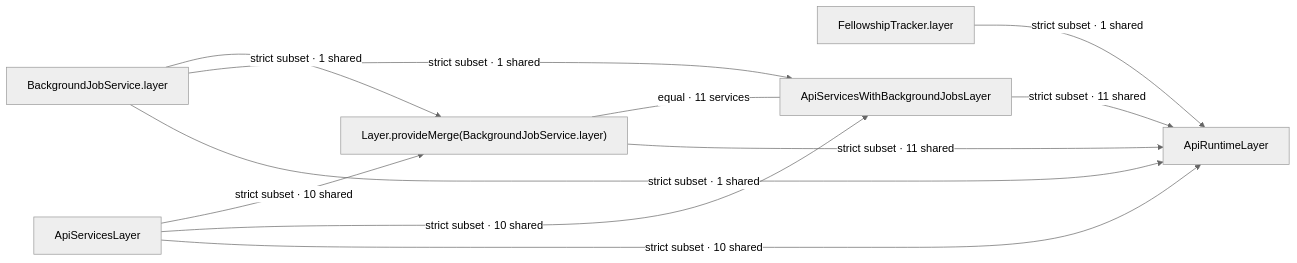
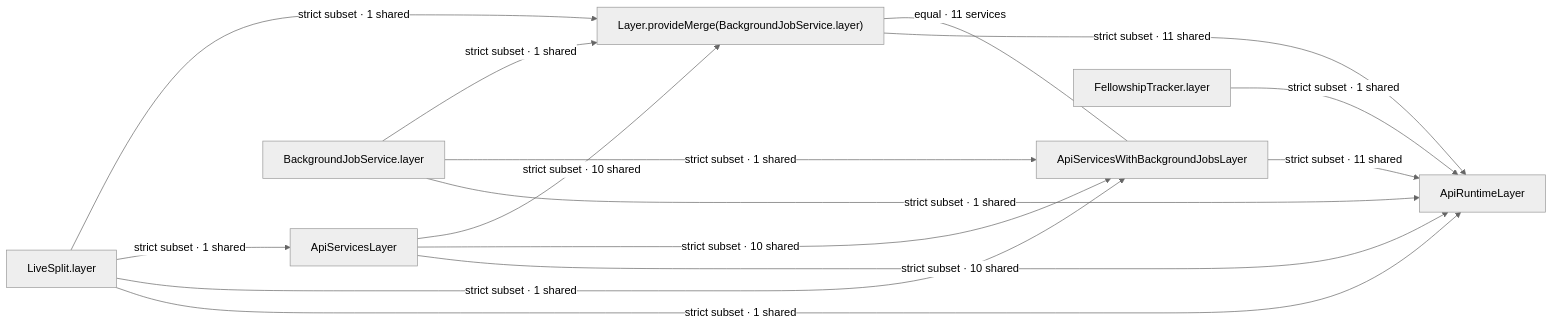
Before and after one commit to reeddunkle/fellowship-run-tracker: the diagram in apps/api/docs/architecture/analysis/service-bundle-relationships.mmd, drawn with Mermaid (neutral theme). The commit also changed 39 other files, not shown here.

```diff
--- a/apps/api/docs/architecture/analysis/service-bundle-relationships.mmd
+++ b/apps/api/docs/architecture/analysis/service-bundle-relationships.mmd
@@ -1,17 +1,22 @@
 flowchart LR
+  LiveSplit_layer["LiveSplit.layer"]
+  Layer_provideMerge_BackgroundJobService_layer_["Layer.provideMerge(BackgroundJobService.layer)"]
+  ApiServicesLayer["ApiServicesLayer"]
+  ApiServicesWithBackgroundJobsLayer["ApiServicesWithBackgroundJobsLayer"]
+  ApiRuntimeLayer["ApiRuntimeLayer"]
   FellowshipTracker_layer["FellowshipTracker.layer"]
-  ApiRuntimeLayer["ApiRuntimeLayer"]
   BackgroundJobService_layer["BackgroundJobService.layer"]
-  Layer_provideMerge_BackgroundJobService_layer_["Layer.provideMerge(BackgroundJobService.layer)"]
-  ApiServicesWithBackgroundJobsLayer["ApiServicesWithBackgroundJobsLayer"]
-  ApiServicesLayer["ApiServicesLayer"]
+  LiveSplit_layer -->|"strict subset · 1 shared"| Layer_provideMerge_BackgroundJobService_layer_
+  LiveSplit_layer -->|"strict subset · 1 shared"| ApiServicesLayer
+  LiveSplit_layer -->|"strict subset · 1 shared"| ApiServicesWithBackgroundJobsLayer
+  LiveSplit_layer -->|"strict subset · 1 shared"| ApiRuntimeLayer
   FellowshipTracker_layer -->|"strict subset · 1 shared"| ApiRuntimeLayer
   BackgroundJobService_layer -->|"strict subset · 1 shared"| Layer_provideMerge_BackgroundJobService_layer_
   BackgroundJobService_layer -->|"strict subset · 1 shared"| ApiServicesWithBackgroundJobsLayer
   BackgroundJobService_layer -->|"strict subset · 1 shared"| ApiRuntimeLayer
   ApiServicesLayer -->|"strict subset · 10 shared"| Layer_provideMerge_BackgroundJobService_layer_
   Layer_provideMerge_BackgroundJobService_layer_ ---|"equal · 11 services"| ApiServicesWithBackgroundJobsLayer
   Layer_provideMerge_BackgroundJobService_layer_ -->|"strict subset · 11 shared"| ApiRuntimeLayer
   ApiServicesLayer -->|"strict subset · 10 shared"| ApiServicesWithBackgroundJobsLayer
   ApiServicesLayer -->|"strict subset · 10 shared"| ApiRuntimeLayer
   ApiServicesWithBackgroundJobsLayer -->|"strict subset · 11 shared"| ApiRuntimeLayer
```
